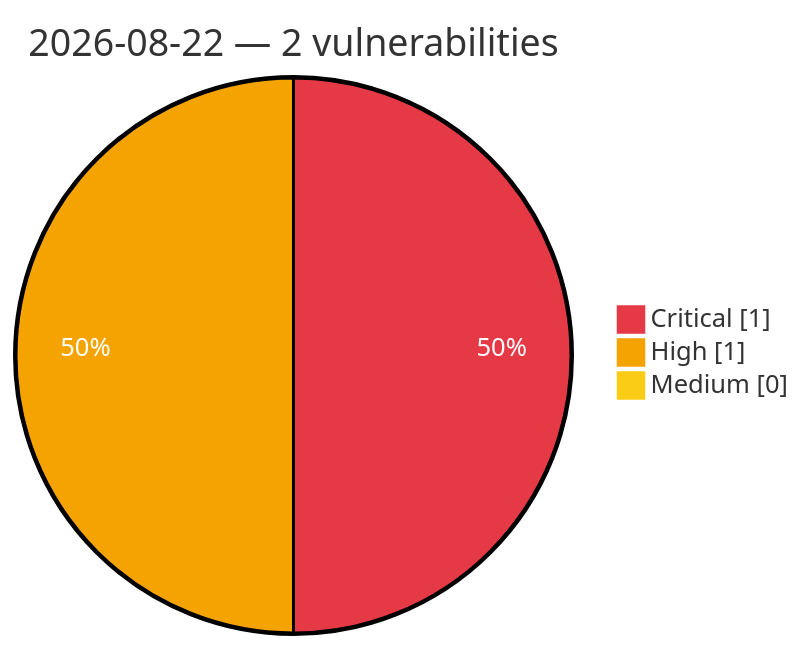
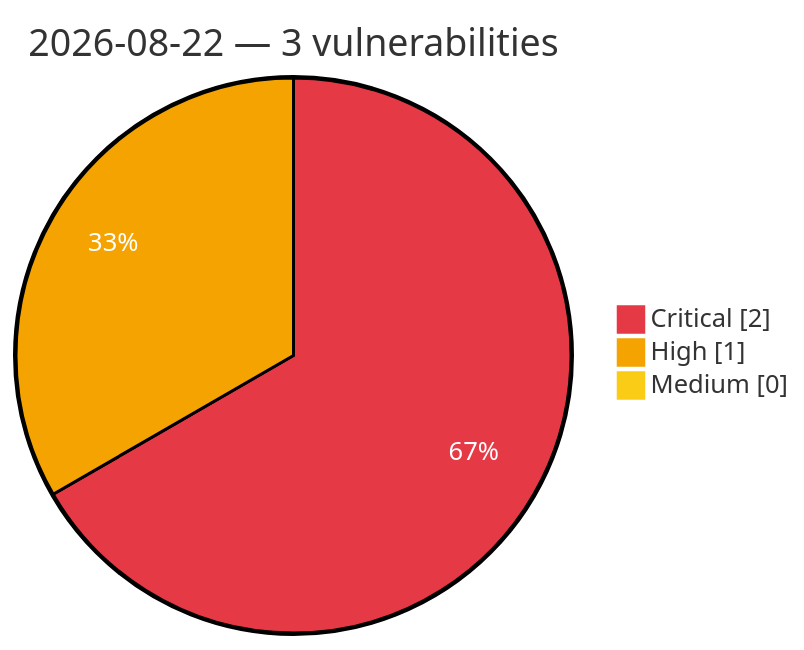
Before and after one commit to GhostX0X/vuln-tracker: the diagram in vulnerabilities/2026/August/2026-08-22.md, drawn with Mermaid. The commit also changed other lines of this file and 5 other files, not shown here.

````diff
--- a/vulnerabilities/2026/August/2026-08-22.md
+++ b/vulnerabilities/2026/August/2026-08-22.md
@@ -3,8 +3,8 @@
 ```mermaid
 %%{init: {'theme':'base', 'themeVariables': {'pie1':'#e63946', 'pie2':'#f4a300', 'pie3':'#facc15', 'pieOpacity':'1', 'pieOuterStrokeWidth':'2px', 'pieSectionTextColor':'#ffffff'}}}%%
 pie showData
-    title 2026-08-22 — 2 vulnerabilities
-    "Critical" : 1
+    title 2026-08-22 — 3 vulnerabilities
+    "Critical" : 2
     "High" : 1
     "Medium" : 0
 ```
````
